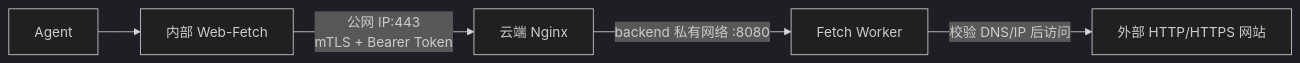
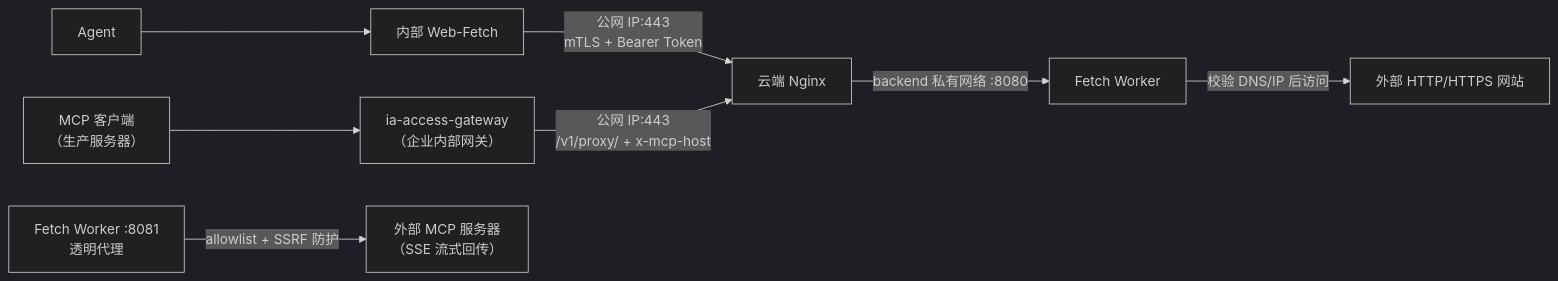
The diagram in README.md (damaohongtu/web-fetch-proxy), drawn with Mermaid (dark theme) before and after one commit. The commit also changed other lines of this file and 23 other files, not shown here.

Commit message:
feat: add streamable mcp proxy

````diff
--- a/README.md
+++ b/README.md
@@ -5,7 +6,10 @@
 ```mermaid
 flowchart LR
     A["Agent"] --> I["内部 Web-Fetch"]
     I -->|"公网 IP:443<br/>mTLS + Bearer Token"| N["云端 Nginx"]
     N -->|"backend 私有网络 :8080"| W["Fetch Worker"]
     W -->|"校验 DNS/IP 后访问"| T["外部 HTTP/HTTPS 网站"]
+    M["MCP 客户端<br/>（生产服务器）"] --> G["ia-access-gateway<br/>（企业内部网关）"]
+    G -->|"公网 IP:443<br/>/v1/proxy/ + x-mcp-host"| N
+    W2["Fetch Worker :8081<br/>透明代理"] -->|"allowlist + SSRF 防护"| U["外部 MCP 服务器<br/>（SSE 流式回传）"]
 ```
````
